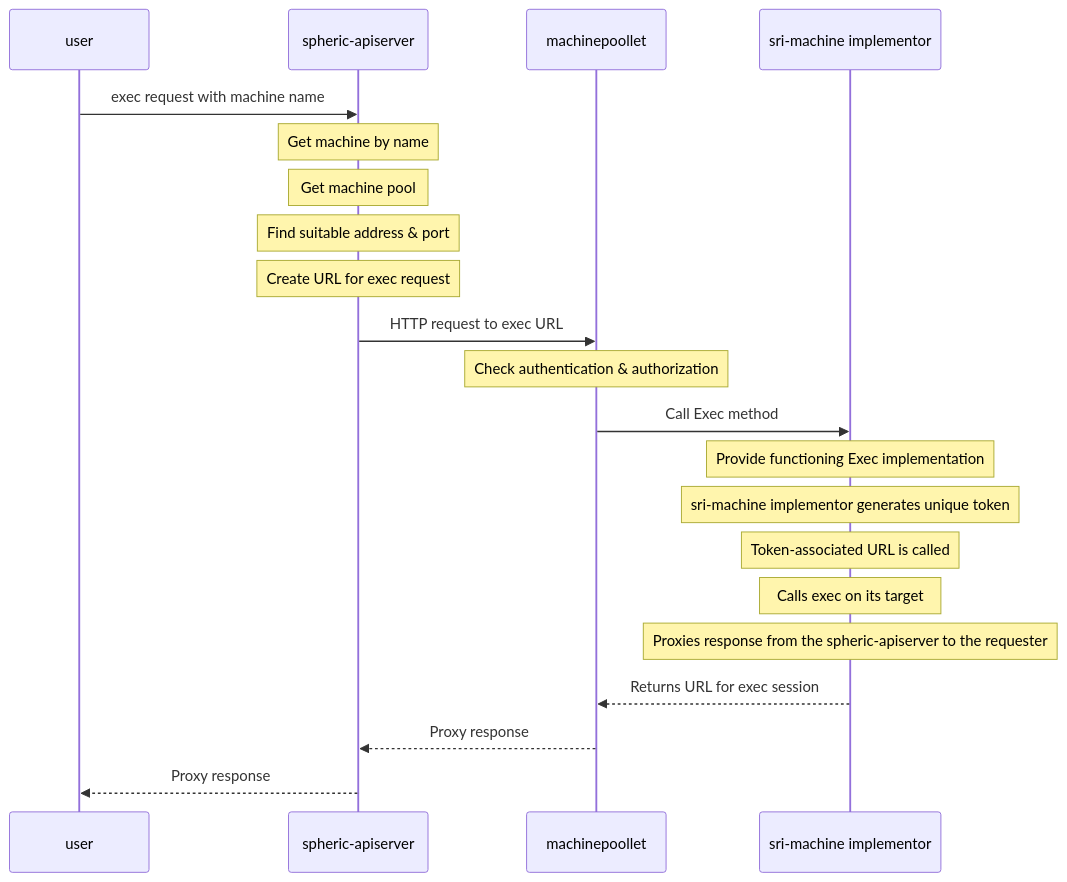
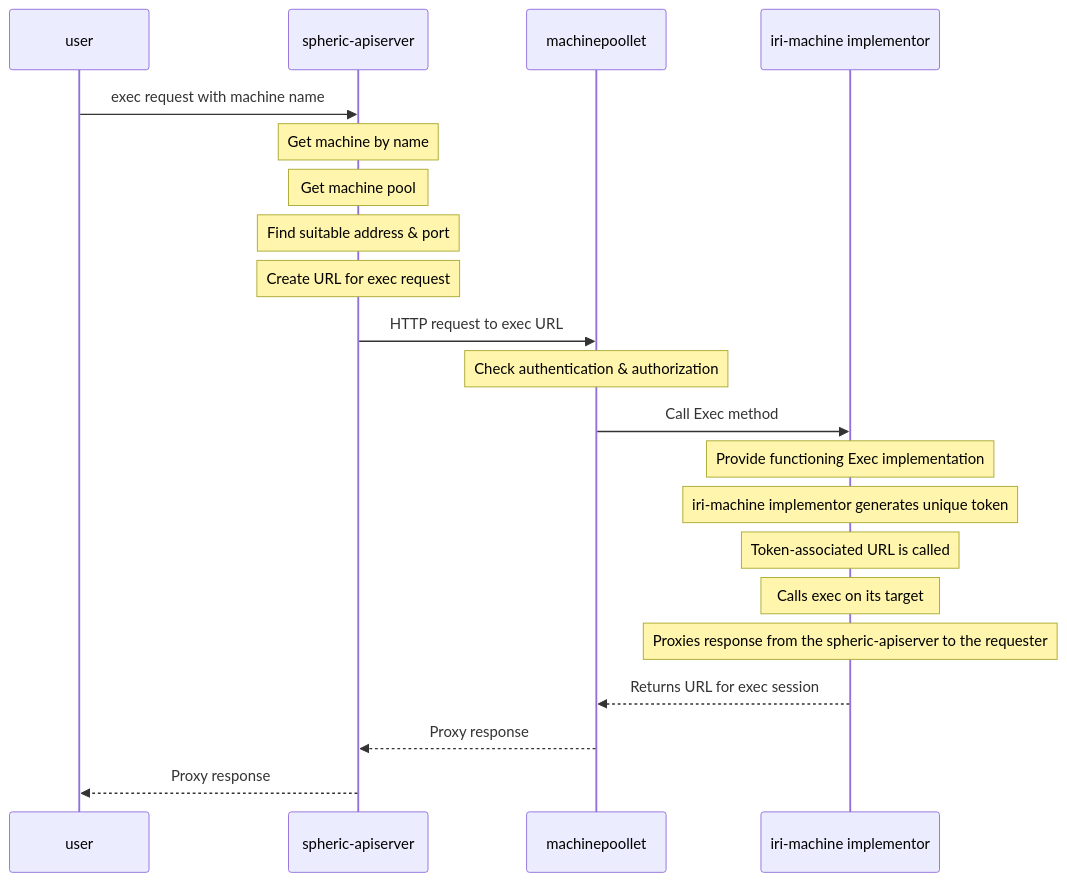
One commit to spheric-cloud/spheric changed the diagram in docs/concepts/machine-exec-flow.md. Above: the diagram before and after it, drawn with Mermaid. The commit also changed other lines of this file and 26 other files, not shown here.

Commit message:
SRI to IRI rename completion

````diff
--- a/docs/concepts/machine-exec-flow.md
+++ b/docs/concepts/machine-exec-flow.md
@@ -13,24 +13,24 @@
 ```mermaid
 sequenceDiagram
     participant User as user
     participant OA as spheric-apiserver
     participant MP as machinepoollet
-    participant OM as sri-machine implementor
+    participant OM as iri-machine implementor
 
     User->>OA: exec request with machine name
     Note over OA: Get machine by name
     Note over OA: Get machine pool
     Note over OA: Find suitable address & port
     Note over OA: Create URL for exec request
     OA->>MP: HTTP request to exec URL
     Note over MP: Check authentication & authorization
     MP->>OM: Call Exec method
     Note over OM: Provide functioning Exec implementation
-    Note over OM: sri-machine implementor generates unique token
+    Note over OM: iri-machine implementor generates unique token
     Note over OM: Token-associated URL is called
     Note over OM: Calls exec on its target
     Note over OM: Proxies response from the spheric-apiserver to the requester
     OM-->>MP: Returns URL for exec session
     MP-->>OA: Proxy response
     OA-->>User: Proxy response
 ```
````
